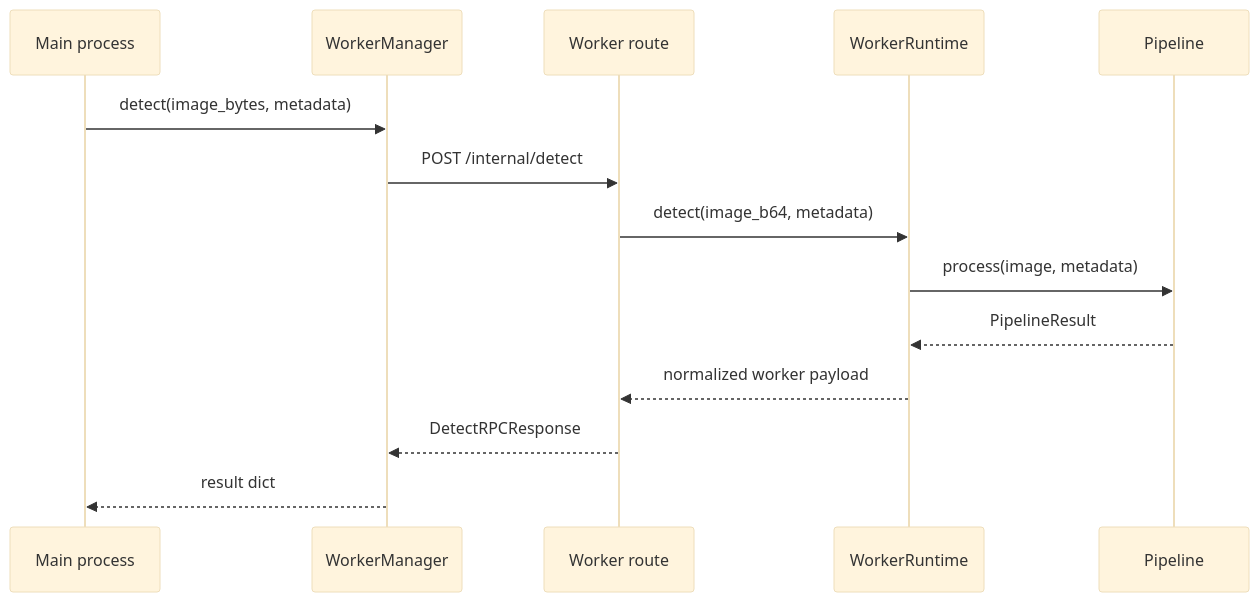
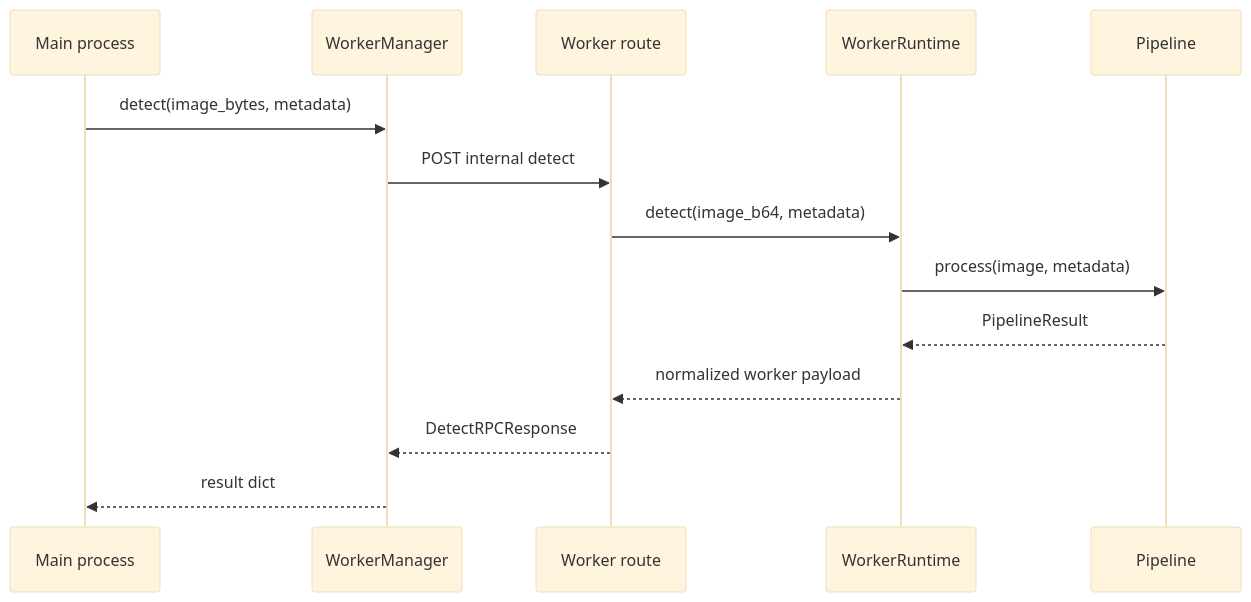
The third of 3 diagrams in docs/server/worker-runtime-and-process-management.md (JakubCiesko/pepper-ot), drawn with Mermaid (base theme) before and after one commit. The commit also changed other lines of this file and 5 other files, not shown here.

Commit message:
bugfix syntax error in mermaid in docs

````diff
--- a/docs/server/worker-runtime-and-process-management.md
+++ b/docs/server/worker-runtime-and-process-management.md
@@ -143,17 +143,17 @@
 ```mermaid
 sequenceDiagram
     participant API as Main process
     participant WM as WorkerManager
     participant WR as Worker route
     participant RT as WorkerRuntime
     participant PP as Pipeline
 
     API->>WM: detect(image_bytes, metadata)
-    WM->>WR: POST /internal/detect
+    WM->>WR: POST internal detect
     WR->>RT: detect(image_b64, metadata)
     RT->>PP: process(image, metadata)
     PP-->>RT: PipelineResult
     RT-->>WR: normalized worker payload
     WR-->>WM: DetectRPCResponse
     WM-->>API: result dict
 ```
````
